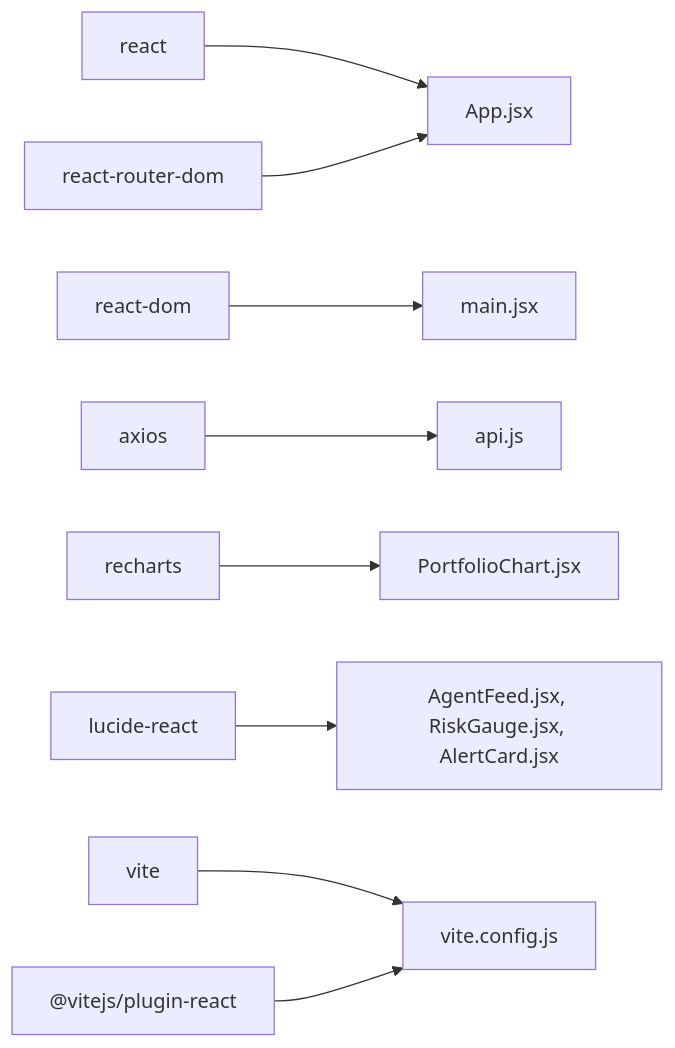
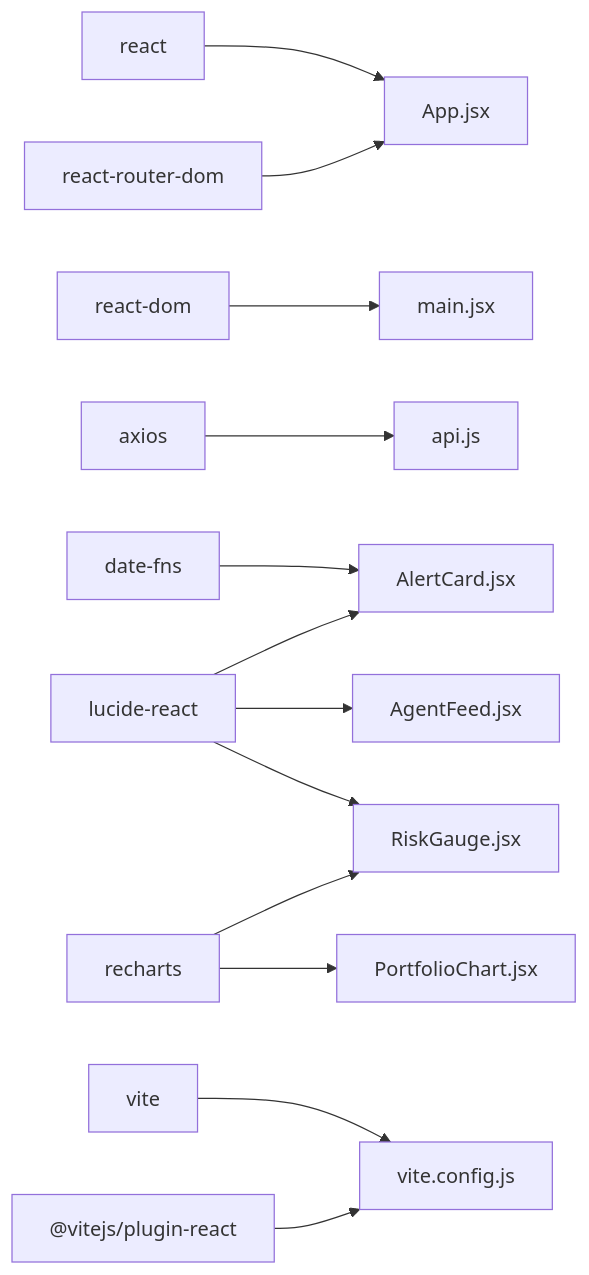
One commit to ishwarambare/ishwarambare-app changed the tenth of 10 diagrams in .qoder/repowiki/en/content/Frontend Architecture/React Application Structure.md. Above: the diagram before and after it, drawn with Mermaid. The commit also changed other lines of this file and 4 other files, not shown here.

````diff
--- a/.qoder/repowiki/en/content/Frontend Architecture/React Application Structure.md
+++ b/.qoder/repowiki/en/content/Frontend Architecture/React Application Structure.md
@@ -393,11 +449,15 @@
 ```mermaid
 graph LR
 React["react"] --> App["App.jsx"]
 ReactDOM["react-dom"] --> Main["main.jsx"]
 Router["react-router-dom"] --> App
 Axios["axios"] --> API["api.js"]
-Recharts["recharts"] --> Charts["PortfolioChart.jsx"]
-Lucide["lucide-react"] --> Components["AgentFeed.jsx, RiskGauge.jsx, AlertCard.jsx"]
+DateFns["date-fns"] --> AlertCard["AlertCard.jsx"]
+Lucide["lucide-react"] --> AgentFeed["AgentFeed.jsx"]
+Lucide --> AlertCard
+Lucide --> RiskGauge["RiskGauge.jsx"]
+Recharts["recharts"] --> RiskGauge
+Recharts --> PortfolioChart["PortfolioChart.jsx"]
 Vite["vite"] --> Config["vite.config.js"]
 DevDeps["@vitejs/plugin-react"] --> Config
 ```
````
